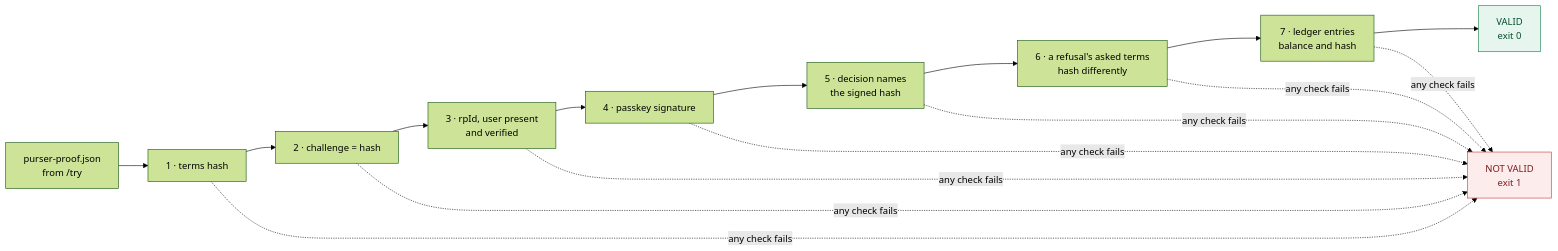
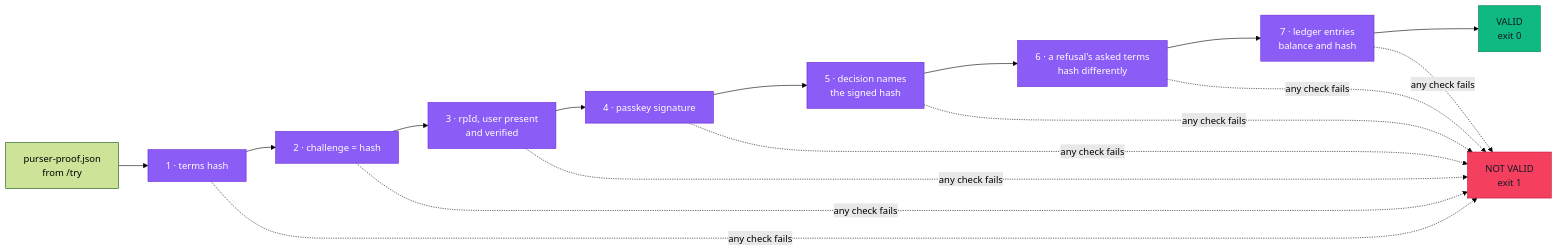
Before and after one commit to agamemnon-coder/x402-business-agents: the first of 2 diagrams in docs/proof/README.md, drawn with Mermaid (forest theme). The commit also changed other lines of this file and 2 other files, not shown here.

````diff
--- a/docs/proof/README.md
+++ b/docs/proof/README.md
@@ -45,16 +53,18 @@
 ```mermaid
 flowchart LR
   F["purser-proof.json<br/>from /try"] --> C1["1 · terms hash"]
   C1 --> C2["2 · challenge = hash"]
   C2 --> C3["3 · rpId, user present<br/>and verified"]
   C3 --> C4["4 · passkey signature"]
   C4 --> C5["5 · decision names<br/>the signed hash"]
   C5 --> C6["6 · a refusal's asked terms<br/>hash differently"]
   C6 --> C7["7 · ledger entries<br/>balance and hash"]
   C7 --> OK["VALID<br/>exit 0"]
   C1 & C2 & C3 & C4 & C5 & C6 & C7 -.->|any check fails| NO["NOT VALID<br/>exit 1"]
-  classDef good fill:#e6f6ee,stroke:#0b7d43,color:#064e2b
-  classDef bad fill:#fdecec,stroke:#c5363c,color:#7f1d1d
-  class OK good
-  class NO bad
+  classDef purser fill:#8b5cf6,stroke:#6d28d9,color:#ffffff
+  classDef ok fill:#10b981,stroke:#047857,color:#111827
+  classDef stop fill:#f43f5e,stroke:#be123c,color:#111827
+  class C1,C2,C3,C4,C5,C6,C7 purser
+  class OK ok
+  class NO stop
 ```
````
